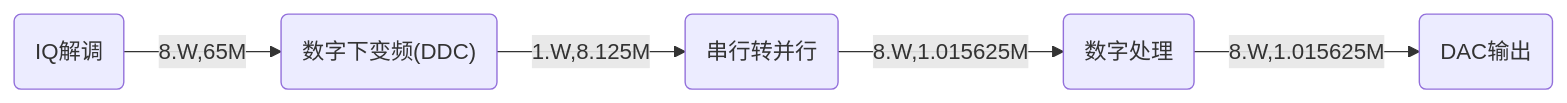
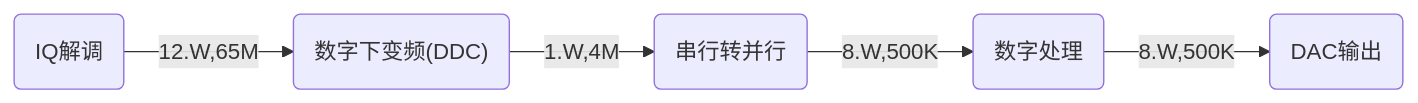
The second of 2 diagrams in README.md (chiro2001/urllc-demo-pynq), drawn with Mermaid before and after one commit. The commit also changed other lines of this file and 4 other files, not shown here.

````diff
--- a/README.md
+++ b/README.md
@@ -47,10 +47,10 @@
 ```mermaid
 graph LR
 input_iq("IQ解调")
 ddc("数字下变频(DDC)")
 serial("串行转并行")
 data_process("数字处理")
 dac("DAC输出")
 
-input_iq --8.W,65M--> ddc --1.W,8.125M--> serial --8.W,1.015625M--> data_process --8.W,1.015625M--> dac
+input_iq --12.W,65M--> ddc --1.W,4M--> serial --8.W,500K--> data_process --8.W,500K--> dac
 ```
````
